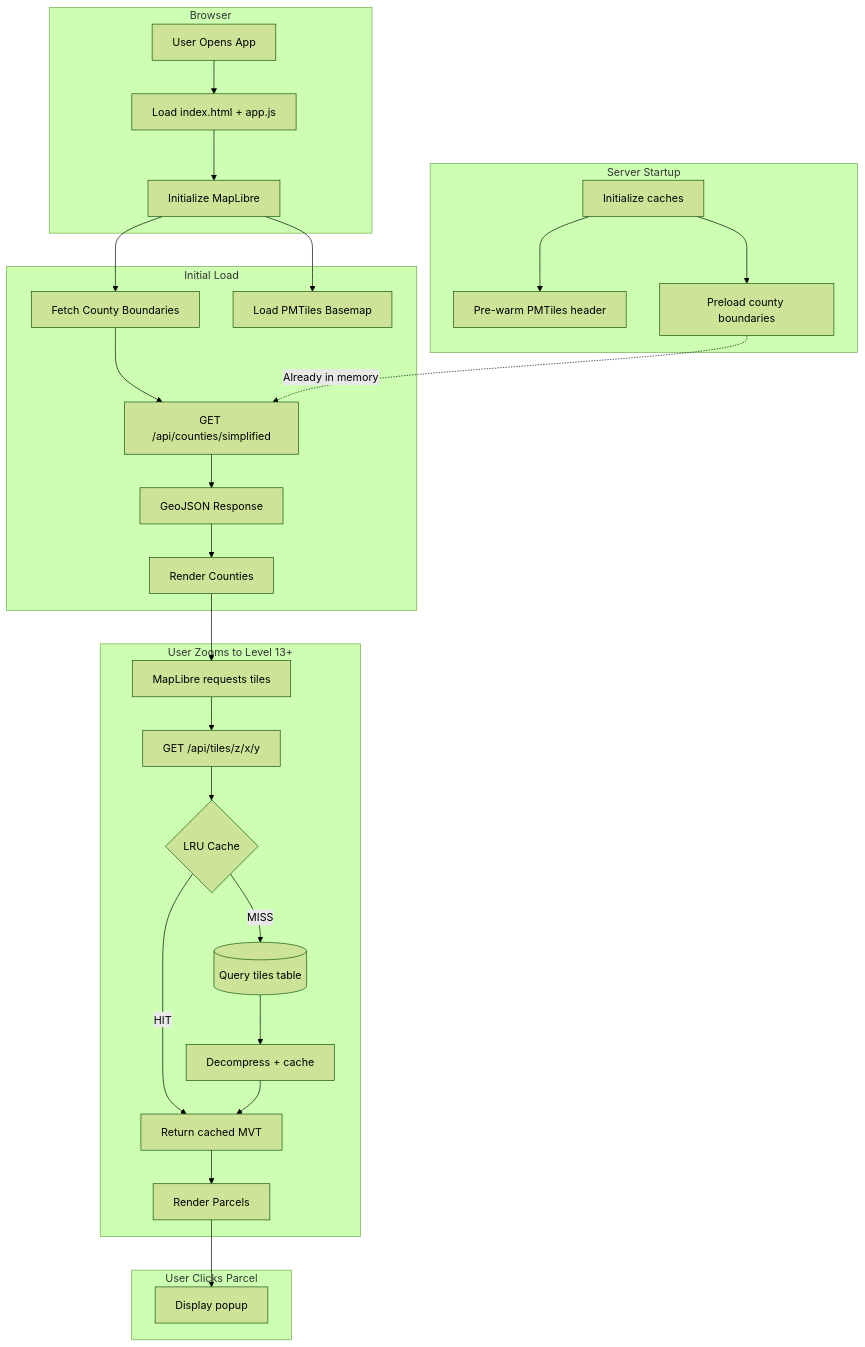
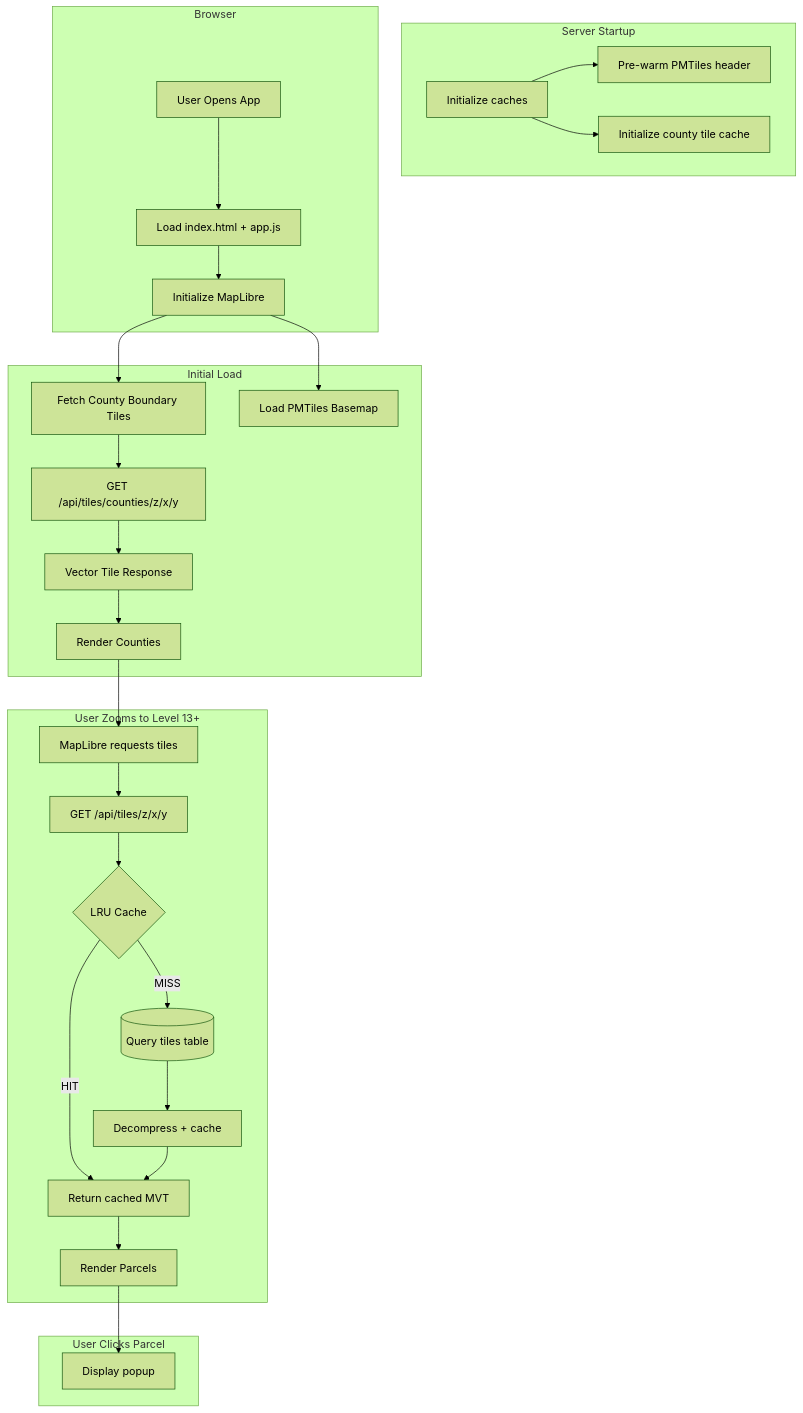
One commit to renderyourworld/parcel_heatmap changed the diagram in README.md. Above: the diagram before and after it, drawn with Mermaid (forest theme). The commit also changed other lines of this file and 1 other file, not shown here.

Commit message:
Update readmes

````diff
--- a/README.md
+++ b/README.md
@@ -40,36 +40,35 @@
 ```mermaid
 flowchart TD
     subgraph Startup["Server Startup"]
         S1[Initialize caches] --> S2[Pre-warm PMTiles header]
-        S1 --> S3[Preload county boundaries]
+        S1 --> S3[Initialize county tile cache]
     end
 
     subgraph Client["Browser"]
         A[User Opens App] --> B[Load index.html + app.js]
         B --> C[Initialize MapLibre]
     end
 
     subgraph Initial["Initial Load"]
-        C --> D[Fetch County Boundaries]
+        C --> D[Fetch County Boundary Tiles]
         C --> E[Load PMTiles Basemap]
-        D --> F["GET /api/counties/simplified"]
-        S3 -.->|Already in memory| F
-        F --> G[GeoJSON Response]
+        D --> F["GET /api/tiles/counties/z/x/y"]
+        F --> G[Vector Tile Response]
         G --> H[Render Counties]
     end
 
     subgraph Zoom["User Zooms to Level 13+"]
         H --> I[MapLibre requests tiles]
         I --> J["GET /api/tiles/z/x/y"]
         J --> K{LRU Cache}
         K -->|HIT| L[Return cached MVT]
         K -->|MISS| M[(Query tiles table)]
         M --> N[Decompress + cache]
         N --> L
         L --> O[Render Parcels]
     end
 
     subgraph Click["User Clicks Parcel"]
         O --> P[Display popup]
     end
 ```
````
